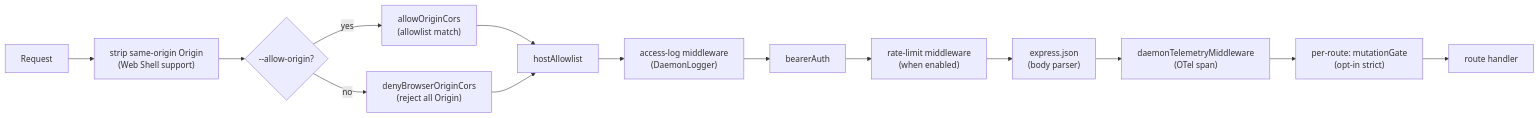
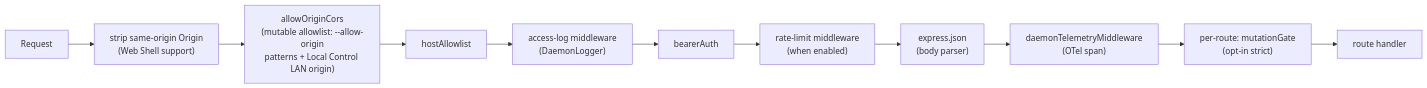
The first of 4 diagrams in docs/developers/daemon/12-auth-security.md (QwenLM/qwen-code), drawn with Mermaid before and after one commit. The commit also changed other lines of this file and 8 other files, not shown here.

First line of the commit message:
fix(local-control): close round-7 review findings

````diff
--- a/docs/developers/daemon/12-auth-security.md
+++ b/docs/developers/daemon/12-auth-security.md
@@ -57,16 +57,13 @@
 ```mermaid
 flowchart LR
     REQ[Request] --> SO["strip same-origin Origin<br/>(Web Shell support)"]
-    SO --> CORS{"--allow-origin?"}
-    CORS -->|yes| AO["allowOriginCors<br/>(allowlist match)"]
-    CORS -->|no| DC["denyBrowserOriginCors<br/>(reject all Origin)"]
+    SO --> AO["allowOriginCors<br/>(mutable allowlist: --allow-origin<br/>patterns + Local Control LAN origin)"]
     AO --> HA["hostAllowlist"]
-    DC --> HA
     HA --> LOG["access-log middleware<br/>(DaemonLogger)"]
     LOG --> BA["bearerAuth"]
     BA --> RL["rate-limit middleware<br/>(when enabled)"]
     RL --> JSON["express.json<br/>(body parser)"]
     JSON --> TEL["daemonTelemetryMiddleware<br/>(OTel span)"]
     TEL --> MG["per-route: mutationGate<br/>(opt-in strict)"]
     MG --> HANDLER["route handler"]
 ```
````
